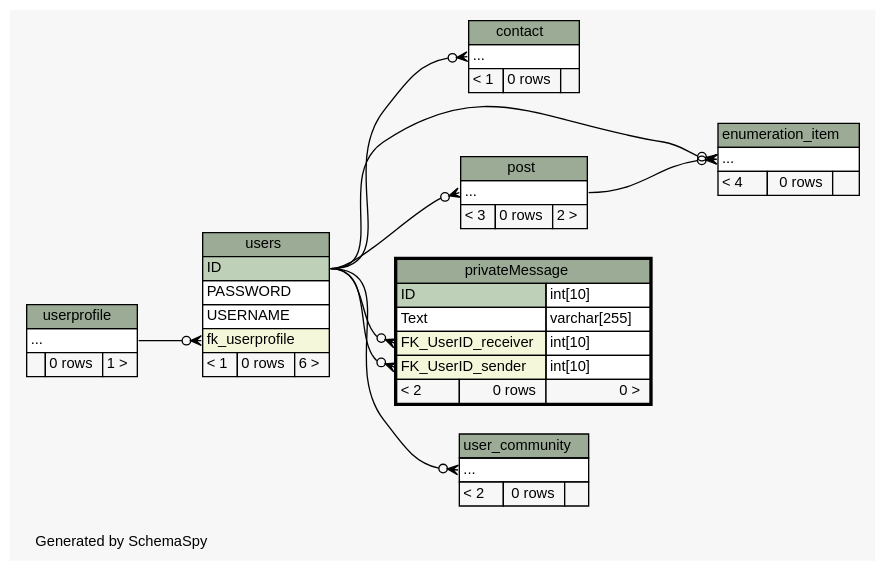
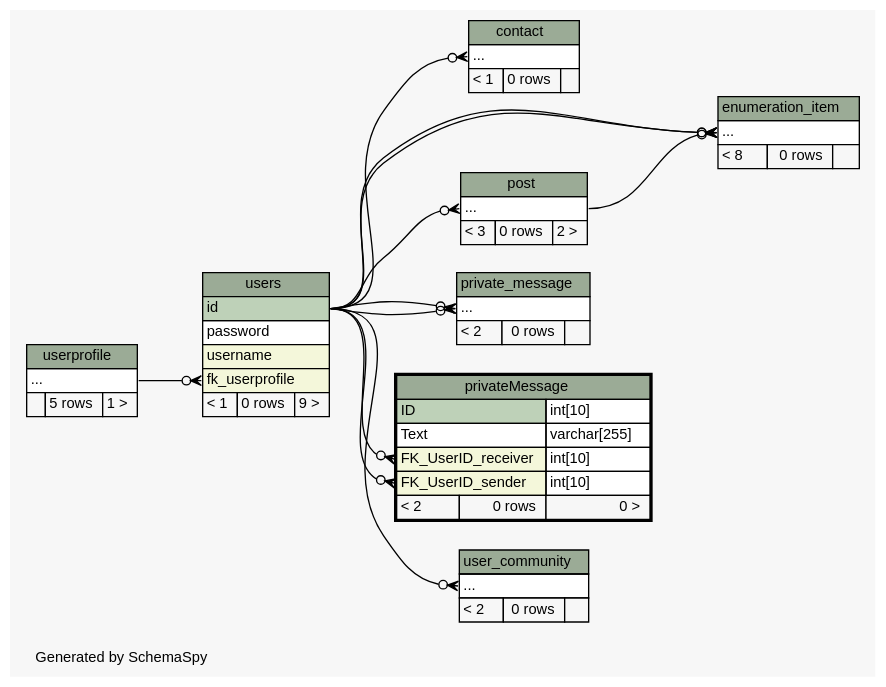
The diagram in doc/db_schema/diagrams/privateMessage.2degrees.dot (chr-krenn/chr-krenn-fhj-ws2017-sd17-pse), drawn with Graphviz before and after one commit. The commit also changed 68 other files, not shown here.

Commit message:
update database schema documentation

```diff
--- a/doc/db_schema/diagrams/privateMessage.2degrees.dot
+++ b/doc/db_schema/diagrams/privateMessage.2degrees.dot
@@ -1,106 +1,119 @@
 // dot 2.40.1 on Linux 4.12.5-300.fc26.x86_64
 // SchemaSpy rev 590
 digraph "twoDegreesRelationshipsDiagram" {
   graph [
     rankdir="RL"
     bgcolor="#f7f7f7"
     label="\nGenerated by SchemaSpy"
     labeljust="l"
     nodesep="0.18"
     ranksep="0.46"
     fontname="Helvetica"
     fontsize="11"
   ];
   node [
     fontname="Helvetica"
     fontsize="11"
     shape="plaintext"
   ];
   edge [
     arrowsize="0.8"
   ];
-  "contact":"elipses":w -> "users":"ID":e [arrowhead=none dir=back arrowtail=crowodot];
+  "contact":"elipses":w -> "users":"id":e [arrowhead=none dir=back arrowtail=crowodot];
+  "enumeration_item":"elipses":w -> "users":"id":e [arrowhead=none dir=back arrowtail=crowodot];
   "enumeration_item":"elipses":w -> "post":"elipses":e [arrowhead=none dir=back arrowtail=crowodot];
-  "enumeration_item":"elipses":w -> "users":"ID":e [arrowhead=none dir=back arrowtail=crowodot];
-  "post":"elipses":w -> "users":"ID":e [arrowhead=none dir=back arrowtail=crowodot];
-  "privateMessage":"FK_UserID_receiver":w -> "users":"ID":e [arrowhead=none dir=back arrowtail=crowodot];
-  "privateMessage":"FK_UserID_sender":w -> "users":"ID":e [arrowhead=none dir=back arrowtail=crowodot];
-  "user_community":"elipses":w -> "users":"ID":e [arrowhead=none dir=back arrowtail=crowodot];
+  "enumeration_item":"elipses":w -> "users":"id":e [arrowhead=none dir=back arrowtail=crowodot];
+  "post":"elipses":w -> "users":"id":e [arrowhead=none dir=back arrowtail=crowodot];
+  "private_message":"elipses":w -> "users":"id":e [arrowhead=none dir=back arrowtail=crowodot];
+  "private_message":"elipses":w -> "users":"id":e [arrowhead=none dir=back arrowtail=crowodot];
+  "privateMessage":"FK_UserID_receiver":w -> "users":"id":e [arrowhead=none dir=back arrowtail=crowodot];
+  "privateMessage":"FK_UserID_sender":w -> "users":"id":e [arrowhead=none dir=back arrowtail=crowodot];
+  "user_community":"elipses":w -> "users":"id":e [arrowhead=none dir=back arrowtail=crowodot];
   "users":"fk_userprofile":w -> "userprofile":"elipses":e [arrowhead=none dir=back arrowtail=crowodot];
   "contact" [
     label=<
     <TABLE BORDER="0" CELLBORDER="1" CELLSPACING="0" BGCOLOR="#ffffff">
       <TR><TD COLSPAN="3" BGCOLOR="#9bab96" ALIGN="CENTER">contact</TD></TR>
       <TR><TD PORT="elipses" COLSPAN="3" ALIGN="LEFT">...</TD></TR>
       <TR><TD ALIGN="LEFT" BGCOLOR="#f7f7f7">&lt; 1</TD><TD ALIGN="RIGHT" BGCOLOR="#f7f7f7">0 rows</TD><TD ALIGN="RIGHT" BGCOLOR="#f7f7f7">  </TD></TR>
     </TABLE>>
     URL="contact.html"
     tooltip="contact"
   ];
   "enumeration_item" [
     label=<
     <TABLE BORDER="0" CELLBORDER="1" CELLSPACING="0" BGCOLOR="#ffffff">
       <TR><TD COLSPAN="3" BGCOLOR="#9bab96" ALIGN="CENTER">enumeration_item</TD></TR>
       <TR><TD PORT="elipses" COLSPAN="3" ALIGN="LEFT">...</TD></TR>
-      <TR><TD ALIGN="LEFT" BGCOLOR="#f7f7f7">&lt; 4</TD><TD ALIGN="RIGHT" BGCOLOR="#f7f7f7">0 rows</TD><TD ALIGN="RIGHT" BGCOLOR="#f7f7f7">  </TD></TR>
+      <TR><TD ALIGN="LEFT" BGCOLOR="#f7f7f7">&lt; 8</TD><TD ALIGN="RIGHT" BGCOLOR="#f7f7f7">0 rows</TD><TD ALIGN="RIGHT" BGCOLOR="#f7f7f7">  </TD></TR>
     </TABLE>>
     URL="enumeration_item.html"
     tooltip="enumeration_item"
   ];
   "post" [
     label=<
     <TABLE BORDER="0" CELLBORDER="1" CELLSPACING="0" BGCOLOR="#ffffff">
       <TR><TD COLSPAN="3" BGCOLOR="#9bab96" ALIGN="CENTER">post</TD></TR>
       <TR><TD PORT="elipses" COLSPAN="3" ALIGN="LEFT">...</TD></TR>
       <TR><TD ALIGN="LEFT" BGCOLOR="#f7f7f7">&lt; 3</TD><TD ALIGN="RIGHT" BGCOLOR="#f7f7f7">0 rows</TD><TD ALIGN="RIGHT" BGCOLOR="#f7f7f7">2 &gt;</TD></TR>
     </TABLE>>
     URL="post.html"
     tooltip="post"
+  ];
+  "private_message" [
+    label=<
+    <TABLE BORDER="0" CELLBORDER="1" CELLSPACING="0" BGCOLOR="#ffffff">
+      <TR><TD COLSPAN="3" BGCOLOR="#9bab96" ALIGN="CENTER">private_message</TD></TR>
+      <TR><TD PORT="elipses" COLSPAN="3" ALIGN="LEFT">...</TD></TR>
+      <TR><TD ALIGN="LEFT" BGCOLOR="#f7f7f7">&lt; 2</TD><TD ALIGN="RIGHT" BGCOLOR="#f7f7f7">0 rows</TD><TD ALIGN="RIGHT" BGCOLOR="#f7f7f7">  </TD></TR>
+    </TABLE>>
+    URL="private_message.html"
+    tooltip="private_message"
   ];
   "privateMessage" [
     label=<
     <TABLE BORDER="2" CELLBORDER="1" CELLSPACING="0" BGCOLOR="#ffffff">
       <TR><TD COLSPAN="3" BGCOLOR="#9bab96" ALIGN="CENTER">privateMessage</TD></TR>
       <TR><TD PORT="ID" COLSPAN="2" BGCOLOR="#bed1b8" ALIGN="LEFT">ID</TD><TD PORT="ID.type" ALIGN="LEFT">int[10]</TD></TR>
       <TR><TD PORT="Text" COLSPAN="2" ALIGN="LEFT">Text</TD><TD PORT="Text.type" ALIGN="LEFT">varchar[255]</TD></TR>
       <TR><TD PORT="FK_UserID_receiver" COLSPAN="2" BGCOLOR="#f4f7da" ALIGN="LEFT">FK_UserID_receiver</TD><TD PORT="FK_UserID_receiver.type" ALIGN="LEFT">int[10]</TD></TR>
       <TR><TD PORT="FK_UserID_sender" COLSPAN="2" BGCOLOR="#f4f7da" ALIGN="LEFT">FK_UserID_sender</TD><TD PORT="FK_UserID_sender.type" ALIGN="LEFT">int[10]</TD></TR>
       <TR><TD ALIGN="LEFT" BGCOLOR="#f7f7f7">&lt; 2</TD><TD ALIGN="RIGHT" BGCOLOR="#f7f7f7">0 rows</TD><TD ALIGN="RIGHT" BGCOLOR="#f7f7f7">0 &gt;</TD></TR>
     </TABLE>>
     URL="privateMessage.html"
     tooltip="privateMessage"
   ];
   "user_community" [
     label=<
     <TABLE BORDER="0" CELLBORDER="1" CELLSPACING="0" BGCOLOR="#ffffff">
       <TR><TD COLSPAN="3" BGCOLOR="#9bab96" ALIGN="CENTER">user_community</TD></TR>
       <TR><TD PORT="elipses" COLSPAN="3" ALIGN="LEFT">...</TD></TR>
       <TR><TD ALIGN="LEFT" BGCOLOR="#f7f7f7">&lt; 2</TD><TD ALIGN="RIGHT" BGCOLOR="#f7f7f7">0 rows</TD><TD ALIGN="RIGHT" BGCOLOR="#f7f7f7">  </TD></TR>
     </TABLE>>
     URL="user_community.html"
     tooltip="user_community"
   ];
   "userprofile" [
     label=<
     <TABLE BORDER="0" CELLBORDER="1" CELLSPACING="0" BGCOLOR="#ffffff">
       <TR><TD COLSPAN="3" BGCOLOR="#9bab96" ALIGN="CENTER">userprofile</TD></TR>
       <TR><TD PORT="elipses" COLSPAN="3" ALIGN="LEFT">...</TD></TR>
-      <TR><TD ALIGN="LEFT" BGCOLOR="#f7f7f7">  </TD><TD ALIGN="RIGHT" BGCOLOR="#f7f7f7">0 rows</TD><TD ALIGN="RIGHT" BGCOLOR="#f7f7f7">1 &gt;</TD></TR>
+      <TR><TD ALIGN="LEFT" BGCOLOR="#f7f7f7">  </TD><TD ALIGN="RIGHT" BGCOLOR="#f7f7f7">5 rows</TD><TD ALIGN="RIGHT" BGCOLOR="#f7f7f7">1 &gt;</TD></TR>
     </TABLE>>
     URL="userprofile.html"
     tooltip="userprofile"
   ];
   "users" [
     label=<
     <TABLE BORDER="0" CELLBORDER="1" CELLSPACING="0" BGCOLOR="#ffffff">
       <TR><TD COLSPAN="3" BGCOLOR="#9bab96" ALIGN="CENTER">users</TD></TR>
-      <TR><TD PORT="ID" COLSPAN="3" BGCOLOR="#bed1b8" ALIGN="LEFT">ID</TD></TR>
-      <TR><TD PORT="PASSWORD" COLSPAN="3" ALIGN="LEFT">PASSWORD</TD></TR>
-      <TR><TD PORT="USERNAME" COLSPAN="3" ALIGN="LEFT">USERNAME</TD></TR>
+      <TR><TD PORT="id" COLSPAN="3" BGCOLOR="#bed1b8" ALIGN="LEFT">id</TD></TR>
+      <TR><TD PORT="password" COLSPAN="3" ALIGN="LEFT">password</TD></TR>
+      <TR><TD PORT="username" COLSPAN="3" BGCOLOR="#f4f7da" ALIGN="LEFT">username</TD></TR>
       <TR><TD PORT="fk_userprofile" COLSPAN="3" BGCOLOR="#f4f7da" ALIGN="LEFT">fk_userprofile</TD></TR>
-      <TR><TD ALIGN="LEFT" BGCOLOR="#f7f7f7">&lt; 1</TD><TD ALIGN="RIGHT" BGCOLOR="#f7f7f7">0 rows</TD><TD ALIGN="RIGHT" BGCOLOR="#f7f7f7">6 &gt;</TD></TR>
+      <TR><TD ALIGN="LEFT" BGCOLOR="#f7f7f7">&lt; 1</TD><TD ALIGN="RIGHT" BGCOLOR="#f7f7f7">0 rows</TD><TD ALIGN="RIGHT" BGCOLOR="#f7f7f7">9 &gt;</TD></TR>
     </TABLE>>
     URL="users.html"
     tooltip="users"
   ];
 }
```
